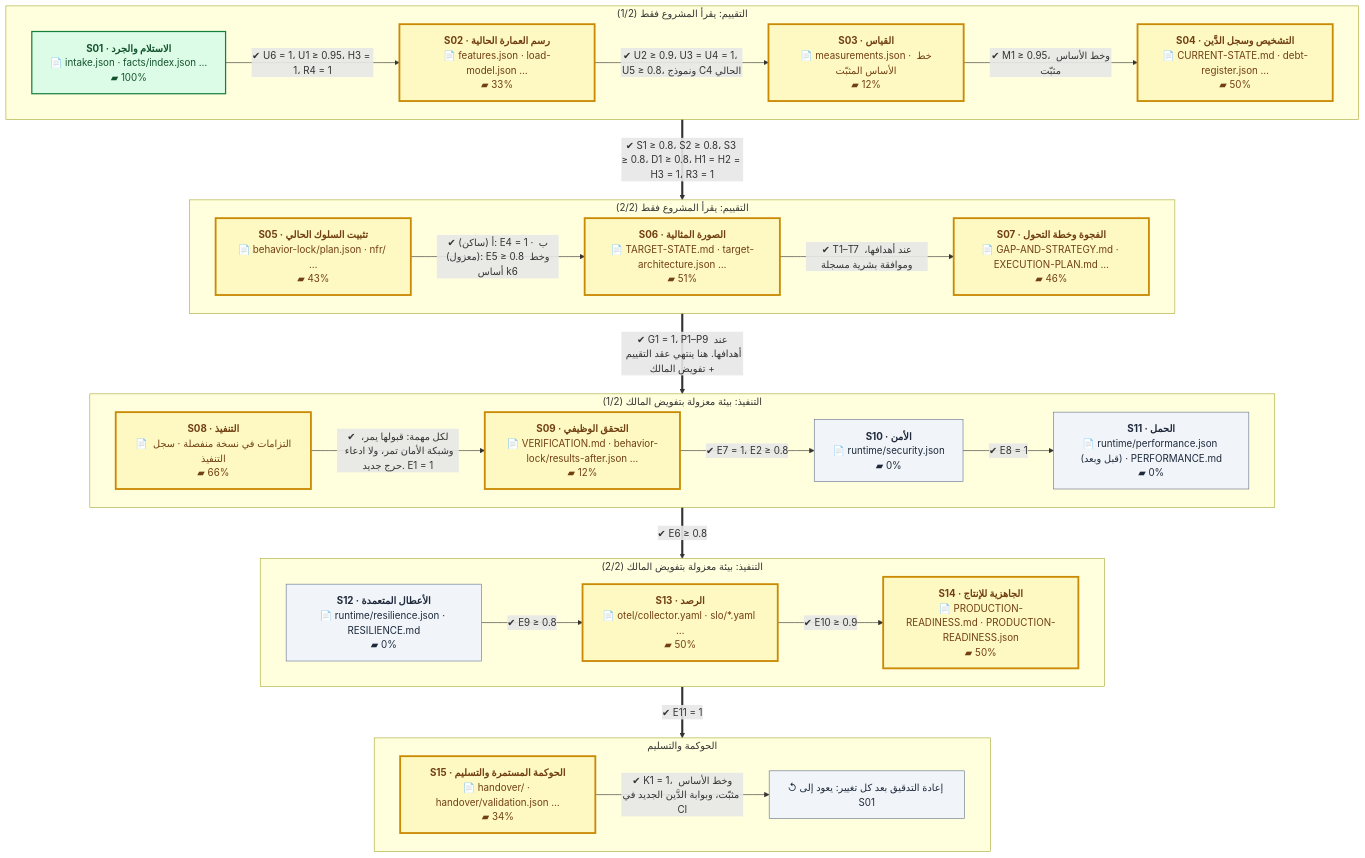
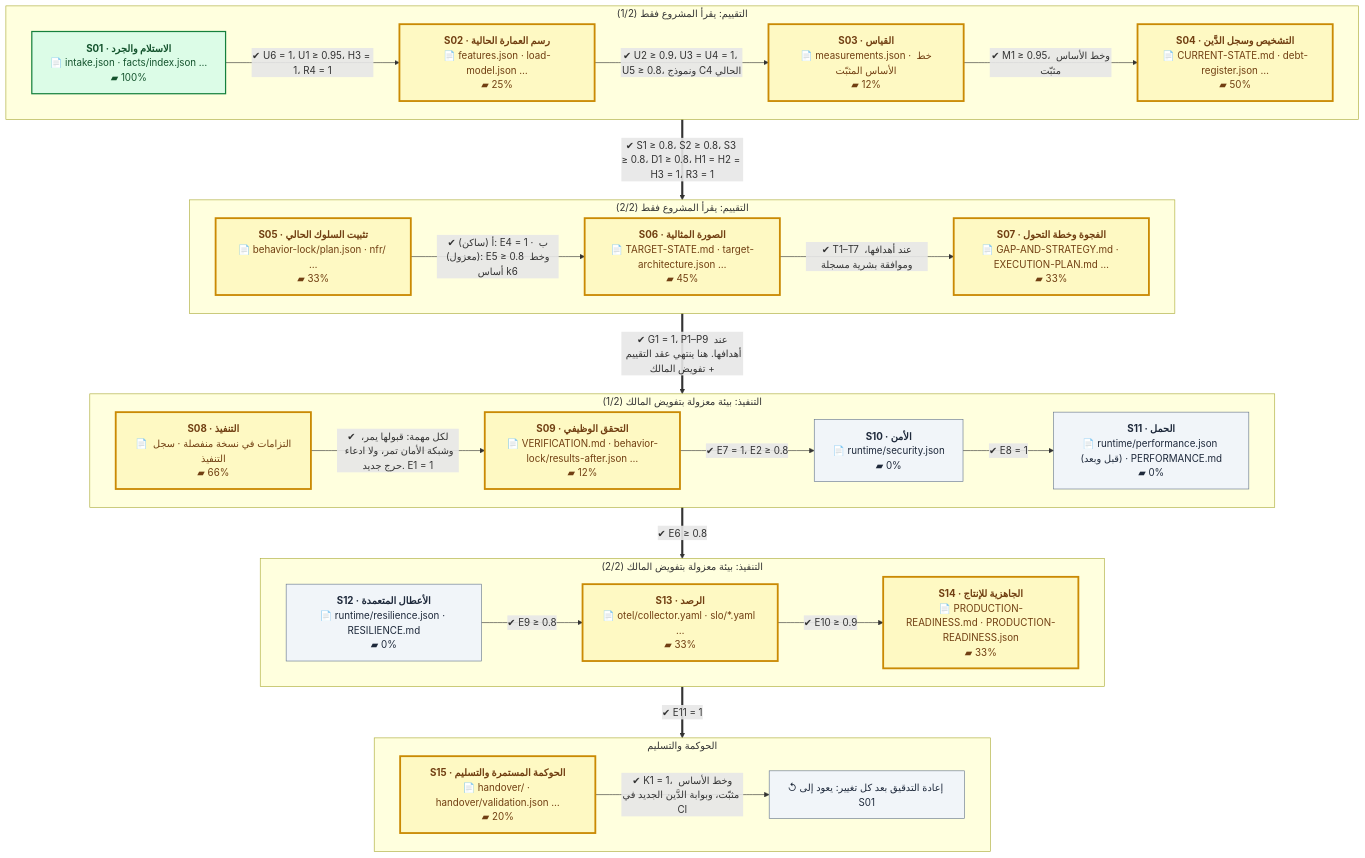
Before and after one commit to eom1417/engineering-audit-os: the first of 2 diagrams in README.md, drawn with Mermaid. The commit also changed other lines of this file and 24 other files, not shown here.

First line of the commit message:
NS46 Studio first: the phase as a step, its indicators F11-F14 and their measures, and contract v2's schemas

````diff
--- a/README.md
+++ b/README.md
@@ -52,54 +52,54 @@
 ```mermaid
 %%{init: {'flowchart': {'wrappingWidth': 260, 'nodeSpacing': 40, 'rankSpacing': 60}}}%%
 flowchart TB
     subgraph P1["التقييم: يقرأ المشروع فقط (1/2)"]
         direction LR
         S01["<b>S01 · الاستلام والجرد</b><br/>📄 intake.json · facts/index.json …<br/>▰ 100%"]:::done
-        S02["<b>S02 · رسم العمارة الحالية</b><br/>📄 features.json · load-model.json …<br/>▰ 33%"]:::current
+        S02["<b>S02 · رسم العمارة الحالية</b><br/>📄 features.json · load-model.json …<br/>▰ 25%"]:::current
         S03["<b>S03 · القياس</b><br/>📄 measurements.json · خط الأساس المثبّت<br/>▰ 12%"]:::current
         S04["<b>S04 · التشخيص وسجل الدَّين</b><br/>📄 CURRENT-STATE.md · debt-register.json …<br/>▰ 50%"]:::current
         S01 -->|"✔ U6 = 1، U1 ≥ 0.95، H3 = 1، R4 = 1"| S02
         S02 -->|"✔ U2 ≥ 0.9، U3 = U4 = 1، U5 ≥ 0.8، ونموذج C4 الحالي"| S03
         S03 -->|"✔ M1 ≥ 0.95، وخط الأساس مثبّت"| S04
     end
     subgraph P2["التقييم: يقرأ المشروع فقط (2/2)"]
         direction LR
-        S05["<b>S05 · تثبيت السلوك الحالي</b><br/>📄 behavior-lock/plan.json · nfr/ …<br/>▰ 43%"]:::current
-        S06["<b>S06 · الصورة المثالية</b><br/>📄 TARGET-STATE.md · target-architecture.json …<br/>▰ 51%"]:::current
-        S07["<b>S07 · الفجوة وخطة التحول</b><br/>📄 GAP-AND-STRATEGY.md · EXECUTION-PLAN.md …<br/>▰ 46%"]:::current
+        S05["<b>S05 · تثبيت السلوك الحالي</b><br/>📄 behavior-lock/plan.json · nfr/ …<br/>▰ 33%"]:::current
+        S06["<b>S06 · الصورة المثالية</b><br/>📄 TARGET-STATE.md · target-architecture.json …<br/>▰ 45%"]:::current
+        S07["<b>S07 · الفجوة وخطة التحول</b><br/>📄 GAP-AND-STRATEGY.md · EXECUTION-PLAN.md …<br/>▰ 33%"]:::current
         S05 -->|"✔ أ (ساكن): E4 = 1 · ب (معزول): E5 ≥ 0.8 وخط أساس k6"| S06
         S06 -->|"✔ T1–T7 عند أهدافها، وموافقة بشرية مسجلة"| S07
     end
     subgraph P3["التنفيذ: بيئة معزولة بتفويض المالك (1/2)"]
         direction LR
         S08["<b>S08 · التنفيذ</b><br/>📄 التزامات في نسخة منفصلة · سجل التنفيذ<br/>▰ 66%"]:::current
         S09["<b>S09 · التحقق الوظيفي</b><br/>📄 VERIFICATION.md · behavior-lock/results-after.json …<br/>▰ 12%"]:::current
         S10["<b>S10 · الأمن</b><br/>📄 runtime/security.json<br/>▰ 0%"]:::next
         S11["<b>S11 · الحمل</b><br/>📄 runtime/performance.json (قبل وبعد) · PERFORMANCE.md<br/>▰ 0%"]:::next
         S08 -->|"✔ لكل مهمة: قبولها يمر، وشبكة الأمان تمر، ولا ادعاء حرج جديد. E1 = 1"| S09
         S09 -->|"✔ E7 = 1، E2 ≥ 0.8"| S10
         S10 -->|"✔ E8 = 1"| S11
     end
     subgraph P4["التنفيذ: بيئة معزولة بتفويض المالك (2/2)"]
         direction LR
         S12["<b>S12 · الأعطال المتعمدة</b><br/>📄 runtime/resilience.json · RESILIENCE.md<br/>▰ 0%"]:::next
-        S13["<b>S13 · الرصد</b><br/>📄 otel/collector.yaml · slo/*.yaml …<br/>▰ 50%"]:::current
-        S14["<b>S14 · الجاهزية للإنتاج</b><br/>📄 PRODUCTION-READINESS.md · PRODUCTION-READINESS.json<br/>▰ 50%"]:::current
+        S13["<b>S13 · الرصد</b><br/>📄 otel/collector.yaml · slo/*.yaml …<br/>▰ 33%"]:::current
+        S14["<b>S14 · الجاهزية للإنتاج</b><br/>📄 PRODUCTION-READINESS.md · PRODUCTION-READINESS.json<br/>▰ 33%"]:::current
         S12 -->|"✔ E9 ≥ 0.8"| S13
         S13 -->|"✔ E10 ≥ 0.9"| S14
     end
     subgraph P5["الحوكمة والتسليم"]
         direction LR
-        S15["<b>S15 · الحوكمة المستمرة والتسليم</b><br/>📄 handover/ · handover/validation.json …<br/>▰ 34%"]:::current
+        S15["<b>S15 · الحوكمة المستمرة والتسليم</b><br/>📄 handover/ · handover/validation.json …<br/>▰ 20%"]:::current
         LOOP["↺ إعادة التدقيق بعد كل تغيير: يعود إلى S01"]:::next
         S15 -->|"✔ K1 = 1، وخط الأساس مثبّت، وبوابة الدَّين الجديد في CI"| LOOP
     end
     P1 ==>|"✔ S1 ≥ 0.8، S2 ≥ 0.8، S3 ≥ 0.8، D1 ≥ 0.8، H1 = H2 = H3 = 1، R3 = 1"| P2
     P2 ==>|"✔ G1 = 1، P1–P9 عند أهدافها. هنا ينتهي عقد التقييم + تفويض المالك"| P3
     P3 ==>|"✔ E6 ≥ 0.8"| P4
     P4 ==>|"✔ E11 = 1"| P5
     classDef done fill:#dcfce7,stroke:#15803d,color:#14532d,stroke-width:2px
     classDef current fill:#fef9c3,stroke:#ca8a04,color:#713f12,stroke-width:3px
     classDef next fill:#f1f5f9,stroke:#64748b,color:#1e293b
     classDef owner fill:#fee2e2,stroke:#b91c1c,color:#7f1d1d,stroke-dasharray:5 3
 ```
````
